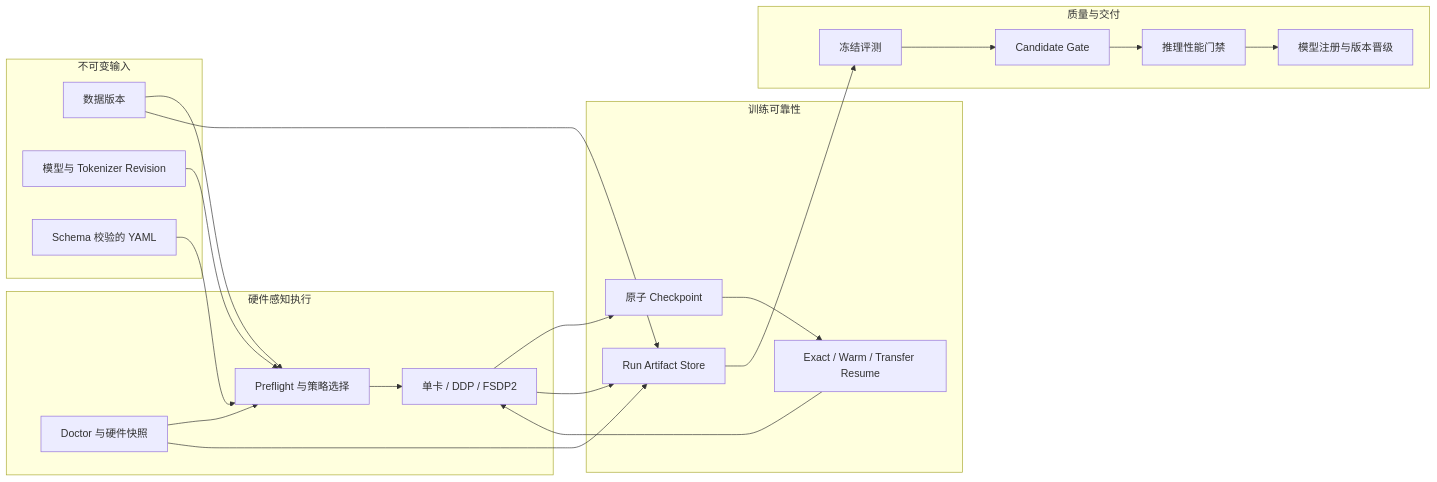
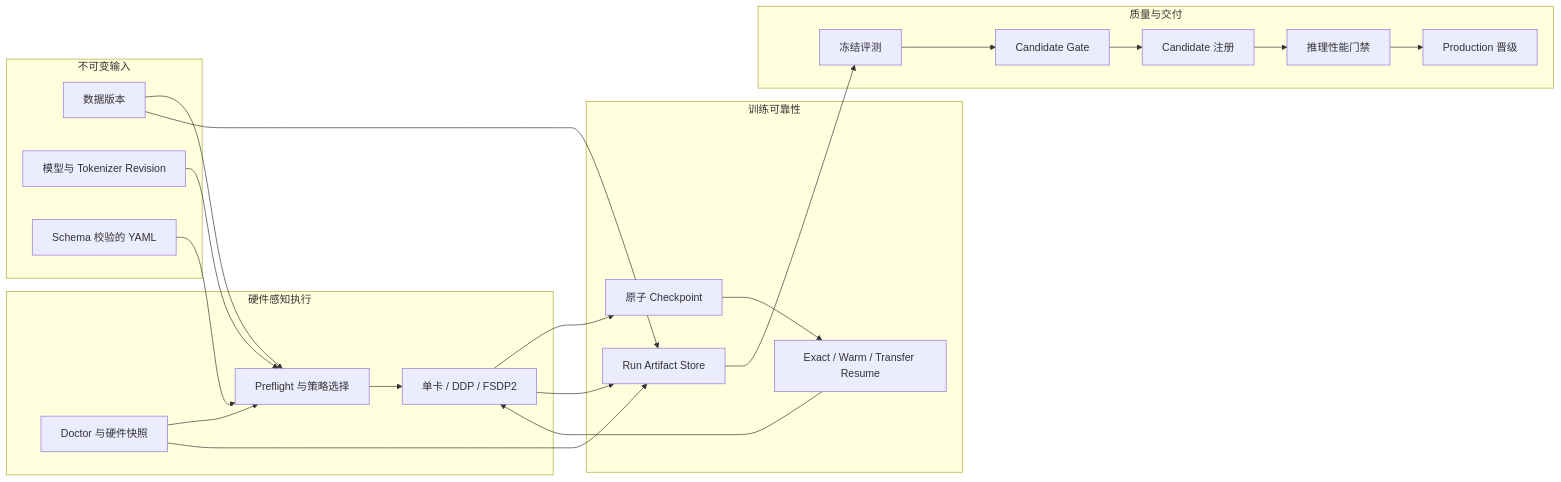
One commit to JayYu686/TinyLLM-System changed the first of 3 diagrams in README.md. Above: the diagram before and after it, drawn with Mermaid. The commit also changed other lines of this file and 22 other files, not shown here.

````diff
--- a/README.md
+++ b/README.md
@@ -32,43 +32,45 @@
 ```mermaid
 flowchart LR
     subgraph Inputs["不可变输入"]
         D[数据版本]
         M[模型与 Tokenizer Revision]
         Y[Schema 校验的 YAML]
     end
 
     subgraph Planning["硬件感知执行"]
         H[Doctor 与硬件快照]
         P[Preflight 与策略选择]
         T[单卡 / DDP / FSDP2]
     end
 
     subgraph Reliability["训练可靠性"]
         C[原子 Checkpoint]
         R[Exact / Warm / Transfer Resume]
         A[Run Artifact Store]
     end
 
     subgraph Delivery["质量与交付"]
         E[冻结评测]
         G[Candidate Gate]
+        Q[Candidate 注册]
         I[推理性能门禁]
-        V[模型注册与版本晋级]
+        V[Production 晋级]
     end
 
     D --> P
     M --> P
     Y --> P
     H --> P
     P --> T
     T --> C
     C --> R
     R --> T
     T --> A
     D --> A
     H --> A
     A --> E
     E --> G
-    G --> I
+    G --> Q
+    Q --> I
     I --> V
 ```
````
